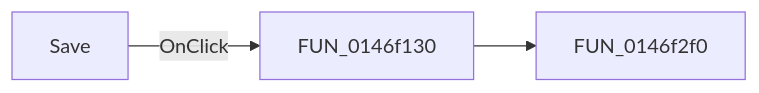
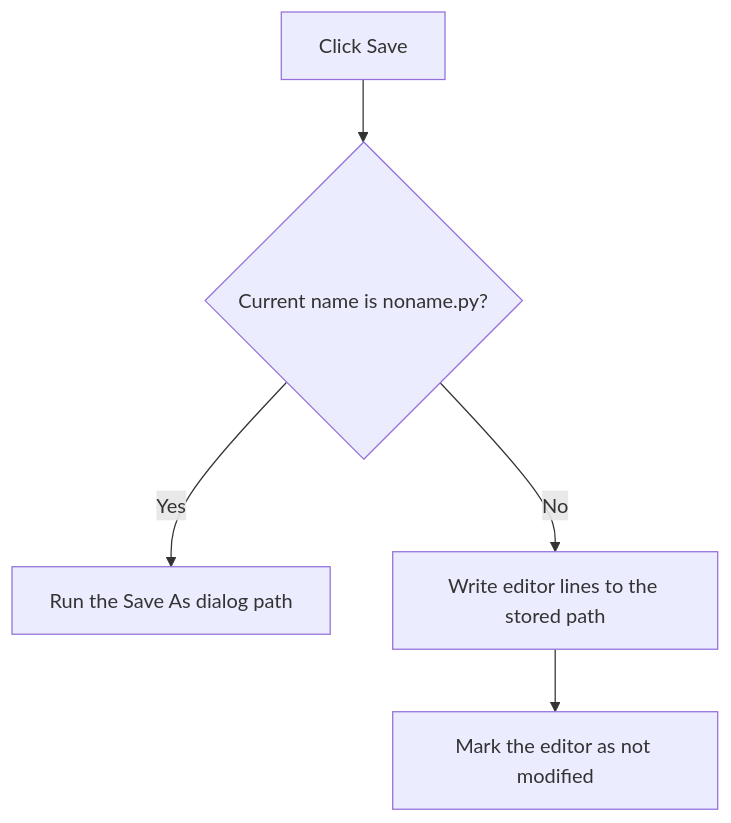
One commit to MovGP0/TIARA changed the diagram in docs/ui-controls/pymainform/mnsave-3741062956.md. Above: the diagram before and after it, drawn with Mermaid. The commit also changed other lines of this file and 1062 other files, not shown here.

````diff
--- a/docs/ui-controls/pymainform/mnsave-3741062956.md
+++ b/docs/ui-controls/pymainform/mnsave-3741062956.md
@@ -27,5 +29,7 @@
 ```mermaid
-flowchart LR
-    control["Save"] -->|OnClick| handler["FUN_0146f130"]
-    handler --> call1["FUN_0146f2f0"]
+flowchart TD
+    control["Click Save"] --> unnamed{"Current name is noname.py?"}
+    unnamed -->|Yes| saveAs["Run the Save As dialog path"]
+    unnamed -->|No| write["Write editor lines to the stored path"]
+    write --> clean["Mark the editor as not modified"]
 ```
````
